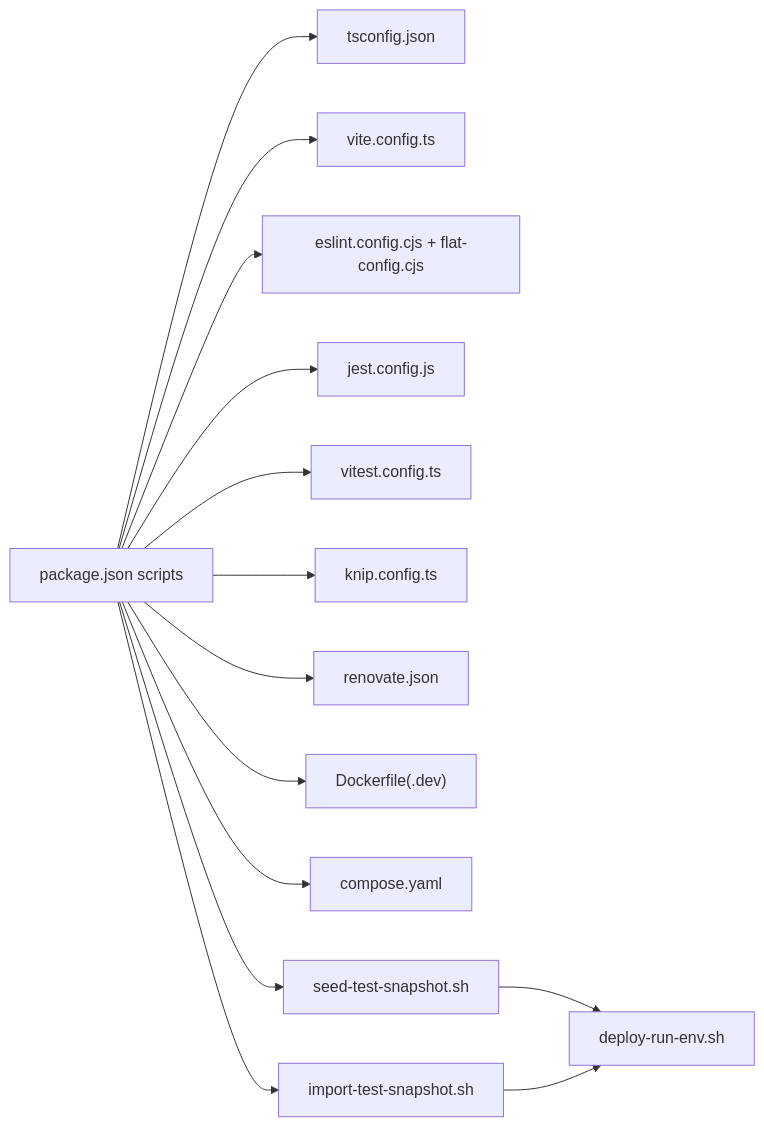
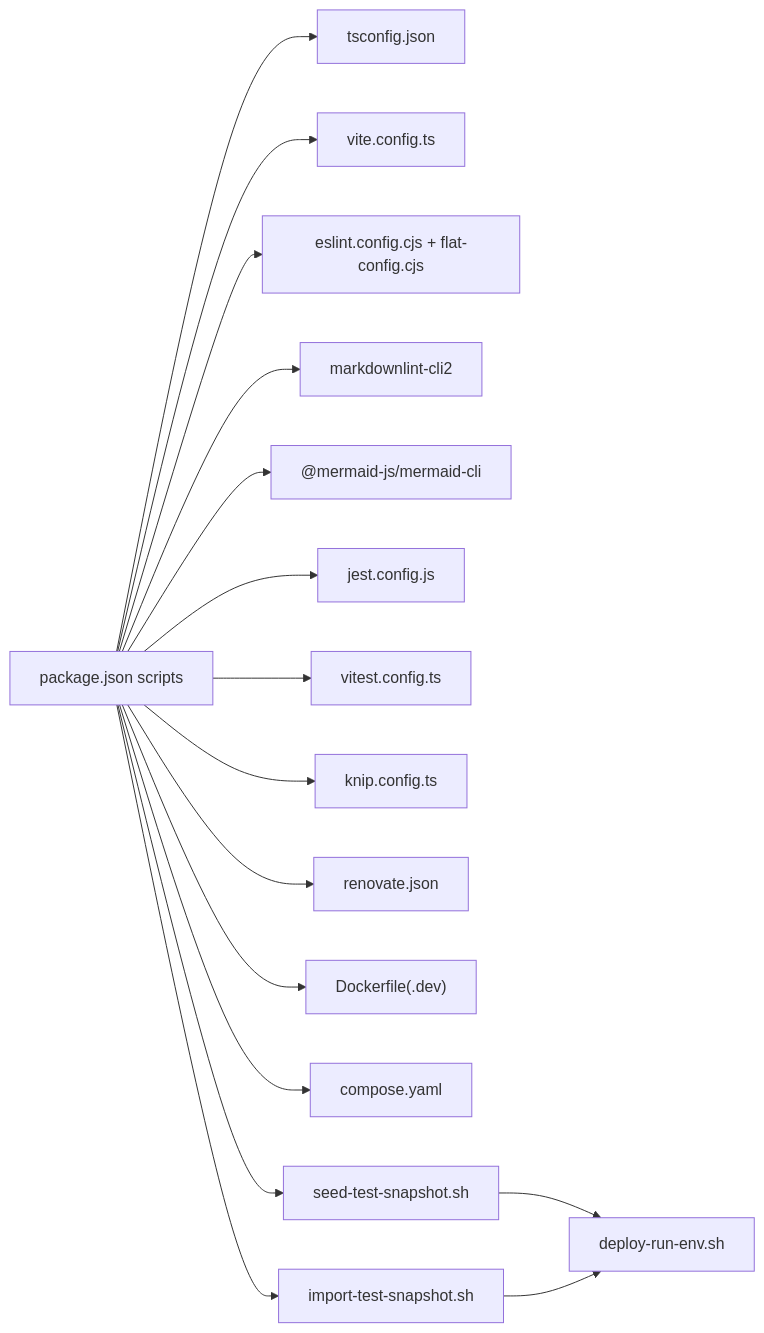
Diagram 12 of 12 in .qoder/repowiki/en/content/Development Tools/Development Tools.md (debian777/kairos-mcp), drawn with Mermaid before and after one commit. The commit also changed other lines of this file and 3 other files, not shown here.

````diff
--- a/.qoder/repowiki/en/content/Development Tools/Development Tools.md
+++ b/.qoder/repowiki/en/content/Development Tools/Development Tools.md
@@ -586,16 +633,18 @@
 ```mermaid
 graph LR
 Pkg["package.json scripts"] --> TS["tsconfig.json"]
 Pkg --> Vite["vite.config.ts"]
 Pkg --> ESL["eslint.config.cjs + flat-config.cjs"]
+Pkg --> MDL["markdownlint-cli2"]
+Pkg --> Mermaid["@mermaid-js/mermaid-cli"]
 Pkg --> Jest["jest.config.js"]
 Pkg --> Vitest["vitest.config.ts"]
 Pkg --> Knip["knip.config.ts"]
 Pkg --> Ren["renovate.json"]
 Pkg --> Docker["Dockerfile(.dev)"]
 Pkg --> Compose["compose.yaml"]
 Pkg --> SeedSnap["seed-test-snapshot.sh"]
 Pkg --> ImportSnap["import-test-snapshot.sh"]
 SeedSnap --> DeployEnv["deploy-run-env.sh"]
 ImportSnap --> DeployEnv
 ```
````
